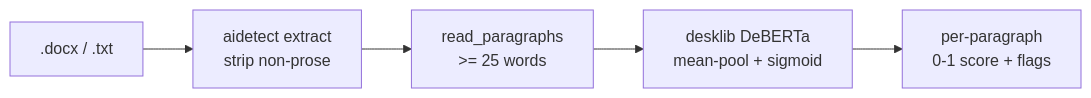
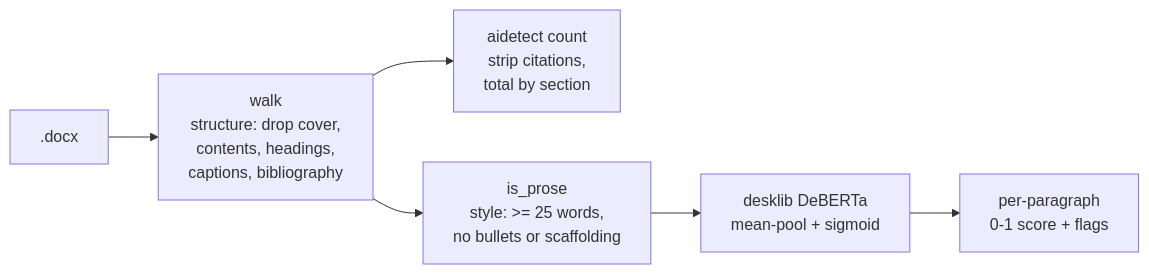
One commit to nitrimandylis/aidetect changed the diagram in README.md. Above: the diagram before and after it, drawn with Mermaid. The commit also changed other lines of this file and 5 other files, not shown here.

````diff
--- a/README.md
+++ b/README.md
@@ -102,7 +122,8 @@
 ```mermaid
 flowchart LR
-    A[.docx / .txt] --> B[aidetect extract<br/>strip non-prose]
-    B --> C[read_paragraphs<br/>>= 25 words]
-    C --> D[desklib DeBERTa<br/>mean-pool + sigmoid]
-    D --> E[per-paragraph<br/>0-1 score + flags]
+    A[.docx] --> B[walk<br/>structure: drop cover,<br/>contents, headings,<br/>captions, bibliography]
+    B --> C[aidetect count<br/>strip citations,<br/>total by section]
+    B --> D[is_prose<br/>style: >= 25 words,<br/>no bullets or scaffolding]
+    D --> E[desklib DeBERTa<br/>mean-pool + sigmoid]
+    E --> F[per-paragraph<br/>0-1 score + flags]
 ```
````
